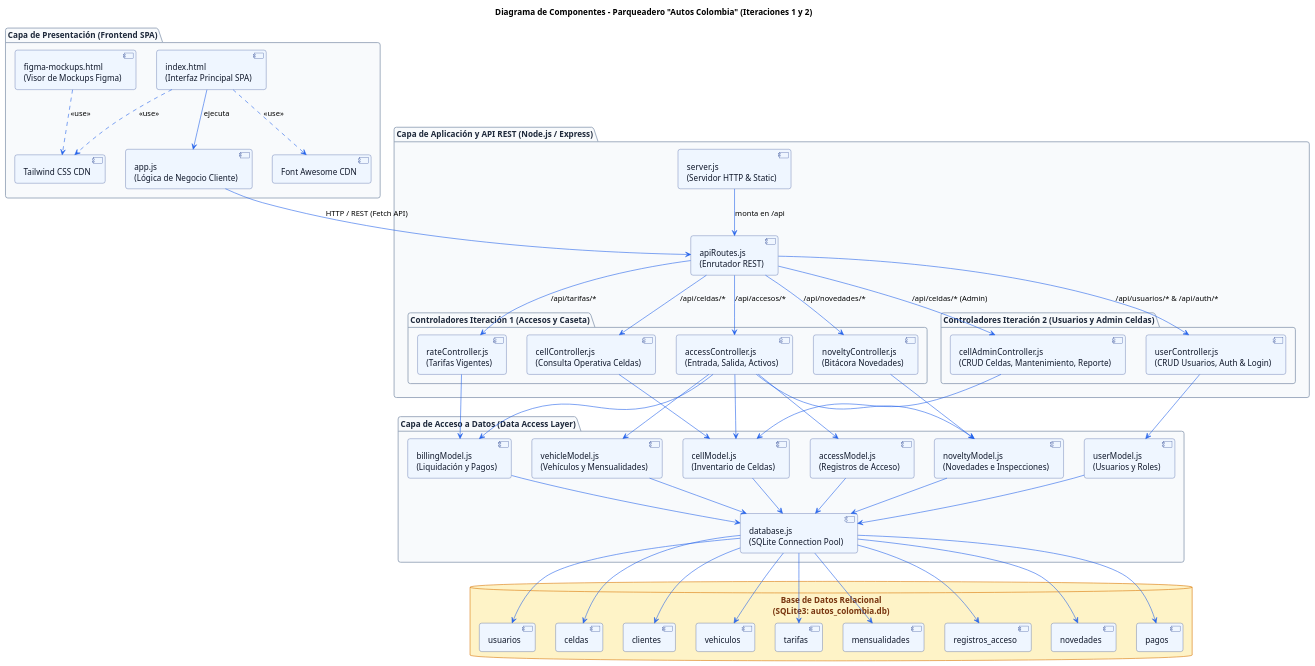
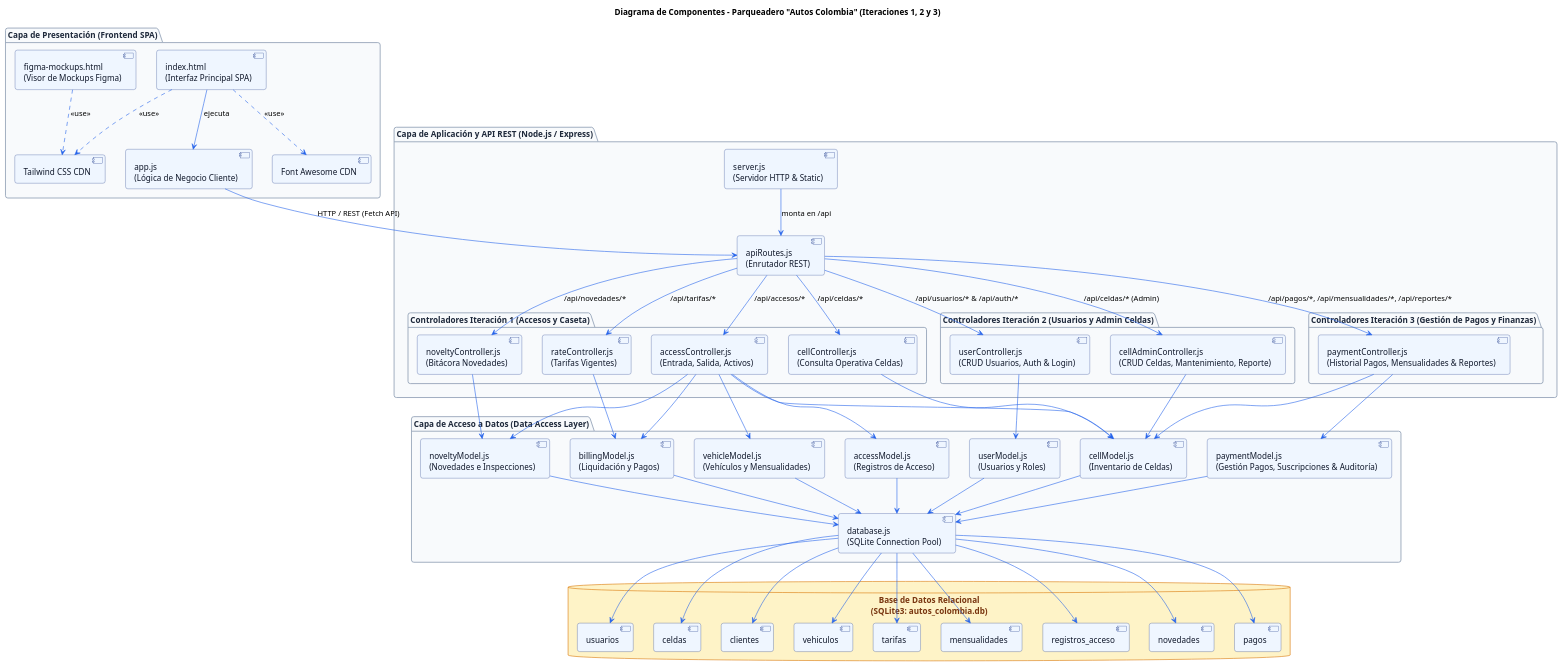
One commit to Lannister777/Autos_Colombia changed the diagram in docs/staruml/diagrama_componentes.puml. Above: the diagram before and after it, drawn with PlantUML. The commit also changed 15 other files, not shown here.

Commit message:
feat(iteracion-3): entrega completa Iteracion 3 (Gestion de Pagos, Mensualidades, Reportes de Ingresos, StarUML actualizado y Plan de Pruebas)

```diff
--- a/docs/staruml/diagrama_componentes.puml
+++ b/docs/staruml/diagrama_componentes.puml
@@ -1,141 +1,150 @@
-@startuml AutosColombia_Componentes_Iteraciones1y2
+@startuml AutosColombia_Componentes_Iteraciones1_2_y_3
 skinparam backgroundColor #FFFFFF
 skinparam shadowing false
 skinparam roundcorner 8
 skinparam defaultFontName Arial
 
 skinparam component {
     BackgroundColor #EFF6FF
     BorderColor #1E3A8A
     FontColor #0F172A
     ArrowColor #2563EB
 }
 
 skinparam package {
     BackgroundColor #F8FAFC
     BorderColor #94A3B8
     FontColor #1E293B
 }
 
 skinparam database {
     BackgroundColor #FEF3C7
     BorderColor #D97706
     FontColor #78350F
 }
 
 skinparam node {
     BackgroundColor #F1F5F9
     BorderColor #64748B
     FontColor #0F172A
 }
 
-title Diagrama de Componentes - Parqueadero "Autos Colombia" (Iteraciones 1 y 2)
+title Diagrama de Componentes - Parqueadero "Autos Colombia" (Iteraciones 1, 2 y 3)
 
 ' ============================================================================
 ' CLIENTE / CAPA DE PRESENTACIÓN
 ' ============================================================================
 package "Capa de Presentación (Frontend SPA)" {
     [index.html\n(Interfaz Principal SPA)] as WebUI
     [figma-mockups.html\n(Visor de Mockups Figma)] as MockupUI
     [app.js\n(Lógica de Negocio Cliente)] as ClientLogic
     
     component [Tailwind CSS CDN] as Tailwind
     component [Font Awesome CDN] as Icons
     
     WebUI ..> Tailwind : <<use>>
     WebUI ..> Icons : <<use>>
     WebUI --> ClientLogic : ejecuta
     MockupUI ..> Tailwind : <<use>>
 }
 
 ' ============================================================================
 ' SERVIDOR / CAPA DE CONTROLADORES Y API REST
 ' ============================================================================
 package "Capa de Aplicación y API REST (Node.js / Express)" {
     [server.js\n(Servidor HTTP & Static)] as Server
     [apiRoutes.js\n(Enrutador REST)] as Router
     
     package "Controladores Iteración 1 (Accesos y Caseta)" {
         [accessController.js\n(Entrada, Salida, Activos)] as AccessCtrl
         [cellController.js\n(Consulta Operativa Celdas)] as CellCtrl
         [noveltyController.js\n(Bitácora Novedades)] as NoveltyCtrl
         [rateController.js\n(Tarifas Vigentes)] as RateCtrl
     }
     
     package "Controladores Iteración 2 (Usuarios y Admin Celdas)" {
         [userController.js\n(CRUD Usuarios, Auth & Login)] as UserCtrl
         [cellAdminController.js\n(CRUD Celdas, Mantenimiento, Reporte)] as CellAdminCtrl
     }
     
+    package "Controladores Iteración 3 (Gestión de Pagos y Finanzas)" {
+        [paymentController.js\n(Historial Pagos, Mensualidades & Reportes)] as PaymentCtrl
+    }
+    
     Server --> Router : monta en /api
     Router --> AccessCtrl : /api/accesos/*
     Router --> CellCtrl : /api/celdas/*
     Router --> NoveltyCtrl : /api/novedades/*
     Router --> RateCtrl : /api/tarifas/*
     Router --> UserCtrl : /api/usuarios/* & /api/auth/*
     Router --> CellAdminCtrl : /api/celdas/* (Admin)
+    Router --> PaymentCtrl : /api/pagos/*, /api/mensualidades/*, /api/reportes/*
 }
 
 ' ============================================================================
 ' CAPA DE DATOS / MODELOS
 ' ============================================================================
 package "Capa de Acceso a Datos (Data Access Layer)" {
     [accessModel.js\n(Registros de Acceso)] as AccessModel
     [vehicleModel.js\n(Vehículos y Mensualidades)] as VehModel
     [cellModel.js\n(Inventario de Celdas)] as CellModel
     [billingModel.js\n(Liquidación y Pagos)] as BillingModel
     [noveltyModel.js\n(Novedades e Inspecciones)] as NoveltyModel
     [userModel.js\n(Usuarios y Roles)] as UserModel
+    [paymentModel.js\n(Gestión Pagos, Suscripciones & Auditoría)] as PaymentModel
     
     [database.js\n(SQLite Connection Pool)] as DBConfig
     
     AccessCtrl --> AccessModel
     AccessCtrl --> VehModel
     AccessCtrl --> CellModel
     AccessCtrl --> BillingModel
     AccessCtrl --> NoveltyModel
     
     CellCtrl --> CellModel
     NoveltyCtrl --> NoveltyModel
     RateCtrl --> BillingModel
     
     UserCtrl --> UserModel
     CellAdminCtrl --> CellModel
+    PaymentCtrl --> PaymentModel
+    PaymentCtrl --> CellModel
     
     AccessModel --> DBConfig
     VehModel --> DBConfig
     CellModel --> DBConfig
     BillingModel --> DBConfig
     NoveltyModel --> DBConfig
     UserModel --> DBConfig
+    PaymentModel --> DBConfig
 }
 
 ' ============================================================================
 ' BASE DE DATOS
 ' ============================================================================
 database "Base de Datos Relacional\n(SQLite3: autos_colombia.db)" {
     [usuarios] as TblUsuarios
     [celdas] as TblCeldas
     [clientes] as TblClientes
     [vehiculos] as TblVehiculos
     [tarifas] as TblTarifas
     [mensualidades] as TblMensualidades
     [registros_acceso] as TblAccesos
     [novedades] as TblNovedades
     [pagos] as TblPagos
 }
 
 DBConfig --> TblUsuarios
 DBConfig --> TblCeldas
 DBConfig --> TblClientes
 DBConfig --> TblVehiculos
 DBConfig --> TblTarifas
 DBConfig --> TblMensualidades
 DBConfig --> TblAccesos
 DBConfig --> TblNovedades
 DBConfig --> TblPagos
 
 ' Conexión cliente a servidor
 ClientLogic --> Router : HTTP / REST (Fetch API)
 
 @enduml
```
